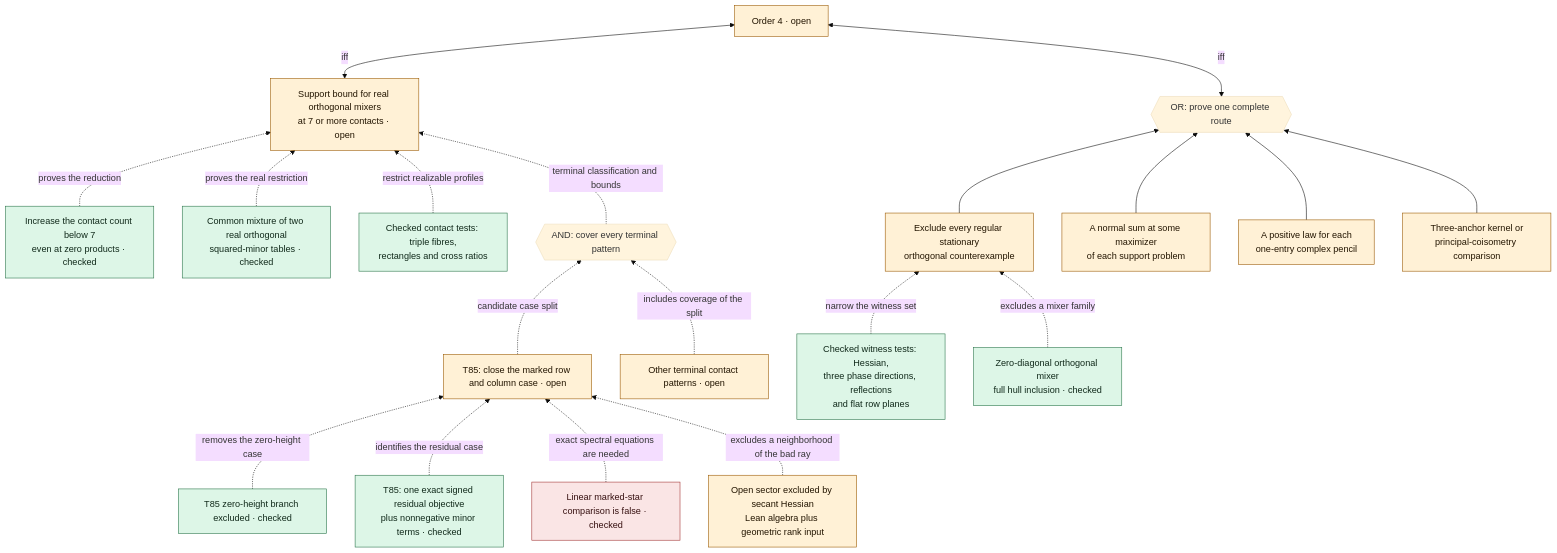
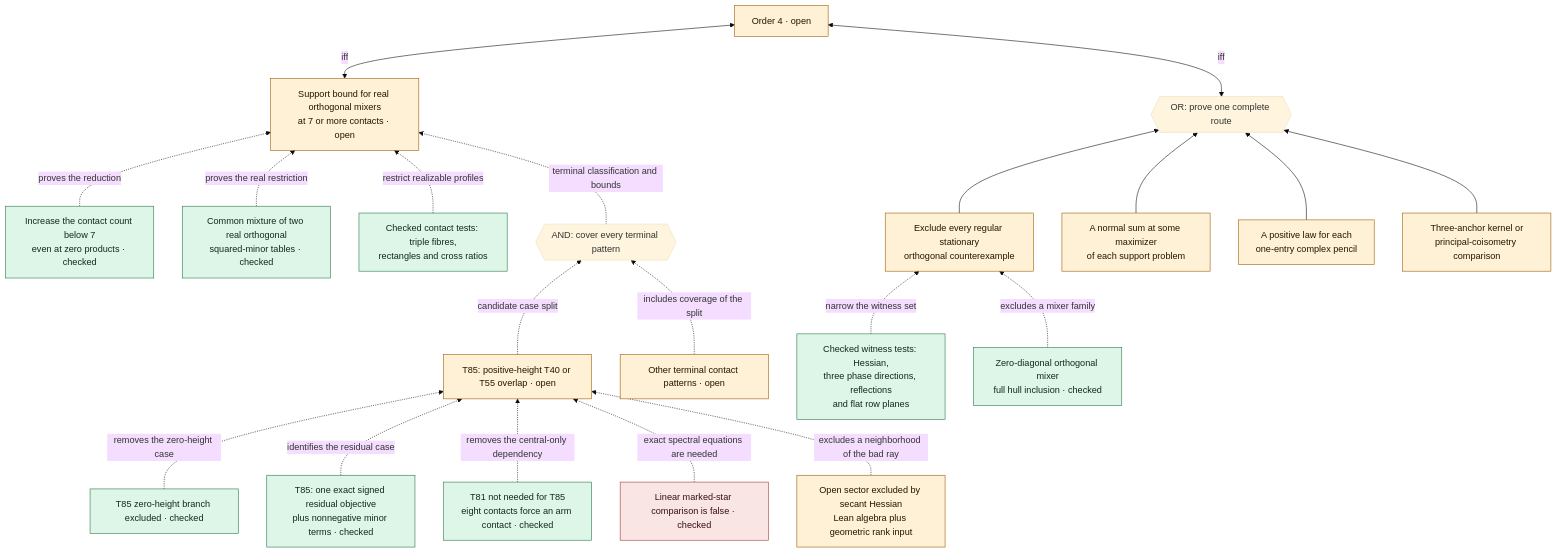
Before and after one commit to ascendnoosphere/MOC: the second of 5 diagrams in Lean/ProofTree.md, drawn with Mermaid (base theme). The commit also changed other lines of this file and 7 other files, not shown here.

Commit message:
MOC: remove T81 dependency and close zero-height T40 and T55 branches

````diff
--- a/Lean/ProofTree.md
+++ b/Lean/ProofTree.md
@@ -72,43 +72,45 @@
 ```mermaid
 flowchart BT
     FOUR["Order 4 · open"]:::open
     OR4{{"OR: prove one complete route"}}
     WITNESS["Exclude every regular stationary<br/>orthogonal counterexample"]:::open
     NORMAL["A normal sum at some maximizer<br/>of each support problem"]:::open
     PENCIL["A positive law for each<br/>one-entry complex pencil"]:::open
     CHART["Three-anchor kernel or<br/>principal-coisometry comparison"]:::open
     TRANSFER["Increase the contact count below 7<br/>even at zero products · checked"]:::checked
     SEVEN["Support bound for real orthogonal mixers<br/>at 7 or more contacts · open"]:::open
     TWO["Common mixture of two real orthogonal<br/>squared-minor tables · checked"]:::checked
     TESTS["Checked witness tests: Hessian,<br/>three phase directions, reflections<br/>and flat row planes"]:::checked
     ZERO["Zero-diagonal orthogonal mixer<br/>full hull inclusion · checked"]:::checked
     PHASE["Checked contact tests: triple fibres,<br/>rectangles and cross ratios"]:::checked
-    T85["T85: close the marked row and column case · open"]:::open
+    T85["T85: positive-height T40 or T55 overlap · open"]:::open
+    BYPASS["T81 not needed for T85<br/>eight contacts force an arm contact · checked"]:::checked
     OTHERS["Other terminal contact patterns · open"]:::open
     COVER{{"AND: cover every terminal pattern"}}
     STAR["T85: one exact signed residual objective<br/>plus nonnegative minor terms · checked"]:::checked
     NOGO["Linear marked-star comparison is false · checked"]:::blocked
     SEC["Open sector excluded by secant Hessian<br/>Lean algebra plus geometric rank input"]:::open
     PAIRED["T85 zero-height branch excluded · checked"]:::checked
     WITNESS --> OR4
     NORMAL --> OR4
     PENCIL --> OR4
     CHART --> OR4
     TRANSFER -. proves the reduction .-> SEVEN
     TWO -. proves the real restriction .-> SEVEN
     SEVEN <-->|iff| FOUR
     TESTS -. narrow the witness set .-> WITNESS
     ZERO -. excludes a mixer family .-> WITNESS
     PHASE -. restrict realizable profiles .-> SEVEN
     PAIRED -. removes the zero-height case .-> T85
     STAR -. identifies the residual case .-> T85
+    BYPASS -. removes the central-only dependency .-> T85
     NOGO -. exact spectral equations are needed .-> T85
     SEC -. excludes a neighborhood of the bad ray .-> T85
     T85 -. candidate case split .-> COVER
     OTHERS -. includes coverage of the split .-> COVER
     COVER -. terminal classification and bounds .-> SEVEN
     OR4 <-->|iff| FOUR
     classDef open fill:#fff1d6,stroke:#9a5900,color:#231500
     classDef checked fill:#ddf6e7,stroke:#287348,color:#10291a
     classDef blocked fill:#fae5e5,stroke:#a33434,color:#361010
 ```
````
